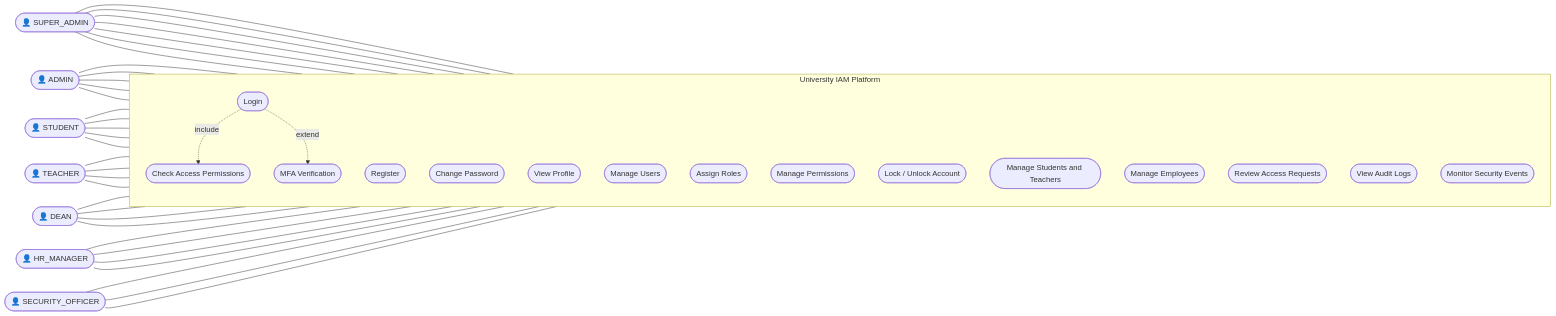
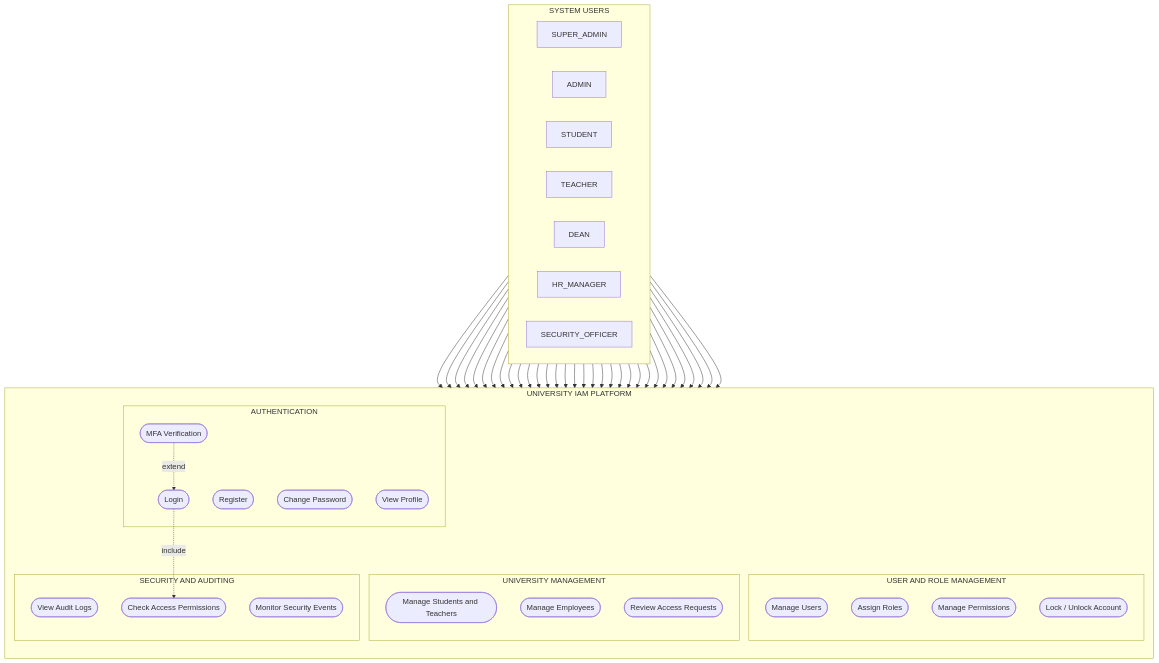
Before and after one commit to ajymaskar082/University-IAM-Platform: the diagram in docs/diagrams/use-case.md, drawn with Mermaid.

````diff
--- a/docs/diagrams/use-case.md
+++ b/docs/diagrams/use-case.md
@@ -4,71 +4,86 @@
 ```mermaid
-flowchart LR
-    SA(["👤 SUPER_ADMIN"])
-    AD(["👤 ADMIN"])
-    ST(["👤 STUDENT"])
-    TE(["👤 TEACHER"])
-    DE(["👤 DEAN"])
-    HR(["👤 HR_MANAGER"])
-    SO(["👤 SECURITY_OFFICER"])
-
-    subgraph SYSTEM["University IAM Platform"]
-        direction TB
-        UC1(["Login"])
-        UC2(["Register"])
-        UC3(["MFA Verification"])
-        UC4(["Change Password"])
-        UC5(["View Profile"])
-        UC6(["Manage Users"])
-        UC7(["Assign Roles"])
-        UC8(["Manage Permissions"])
-        UC9(["Lock / Unlock Account"])
-        UC10(["Manage Students and Teachers"])
-        UC11(["Manage Employees"])
-        UC12(["Review Access Requests"])
-        UC13(["View Audit Logs"])
-        UC14(["Monitor Security Events"])
-        UC15(["Check Access Permissions"])
+flowchart TB
+    subgraph USERS["SYSTEM USERS"]
+        direction LR
+        SA["SUPER_ADMIN"]
+        AD["ADMIN"]
+        ST["STUDENT"]
+        TE["TEACHER"]
+        DE["DEAN"]
+        HR["HR_MANAGER"]
+        SO["SECURITY_OFFICER"]
     end
 
-    SA --- UC1
-    SA --- UC6
-    SA --- UC7
-    SA --- UC8
-    SA --- UC9
-    SA --- UC13
-    SA --- UC15
+    subgraph SYSTEM["UNIVERSITY IAM PLATFORM"]
+        direction TB
 
-    AD --- UC1
-    AD --- UC6
-    AD --- UC7
-    AD --- UC9
-    AD --- UC13
+        subgraph AUTH["AUTHENTICATION"]
+            UC1(["Login"])
+            UC2(["Register"])
+            UC3(["MFA Verification"])
+            UC4(["Change Password"])
+            UC5(["View Profile"])
+        end
 
-    ST --- UC1
-    ST --- UC2
-    ST --- UC3
-    ST --- UC4
-    ST --- UC5
+        subgraph ADMINISTRATION["USER AND ROLE MANAGEMENT"]
+            UC6(["Manage Users"])
+            UC7(["Assign Roles"])
+            UC8(["Manage Permissions"])
+            UC9(["Lock / Unlock Account"])
+        end
 
-    TE --- UC1
-    TE --- UC3
-    TE --- UC4
-    TE --- UC5
+        subgraph UNIVERSITY["UNIVERSITY MANAGEMENT"]
+            UC10(["Manage Students and Teachers"])
+            UC11(["Manage Employees"])
+            UC12(["Review Access Requests"])
+        end
 
-    DE --- UC1
-    DE --- UC5
-    DE --- UC10
-    DE --- UC12
+        subgraph SECURITY["SECURITY AND AUDITING"]
+            UC13(["View Audit Logs"])
+            UC14(["Monitor Security Events"])
+            UC15(["Check Access Permissions"])
+        end
+    end
 
-    HR --- UC1
-    HR --- UC5
-    HR --- UC11
-    HR --- UC12
+    SA --> UC1
+    SA --> UC6
+    SA --> UC7
+    SA --> UC8
+    SA --> UC9
+    SA --> UC13
+    SA --> UC15
 
-    SO --- UC1
-    SO --- UC13
-    SO --- UC14
+    AD --> UC1
+    AD --> UC6
+    AD --> UC7
+    AD --> UC9
+    AD --> UC13
+
+    ST --> UC1
+    ST --> UC2
+    ST --> UC3
+    ST --> UC4
+    ST --> UC5
+
+    TE --> UC1
+    TE --> UC3
+    TE --> UC4
+    TE --> UC5
+
+    DE --> UC1
+    DE --> UC5
+    DE --> UC10
+    DE --> UC12
+
+    HR --> UC1
+    HR --> UC5
+    HR --> UC11
+    HR --> UC12
+
+    SO --> UC1
+    SO --> UC13
+    SO --> UC14
 
     UC1 -.->|include| UC15
-    UC1 -.->|extend| UC3
+    UC3 -.->|extend| UC1
 ```
````
